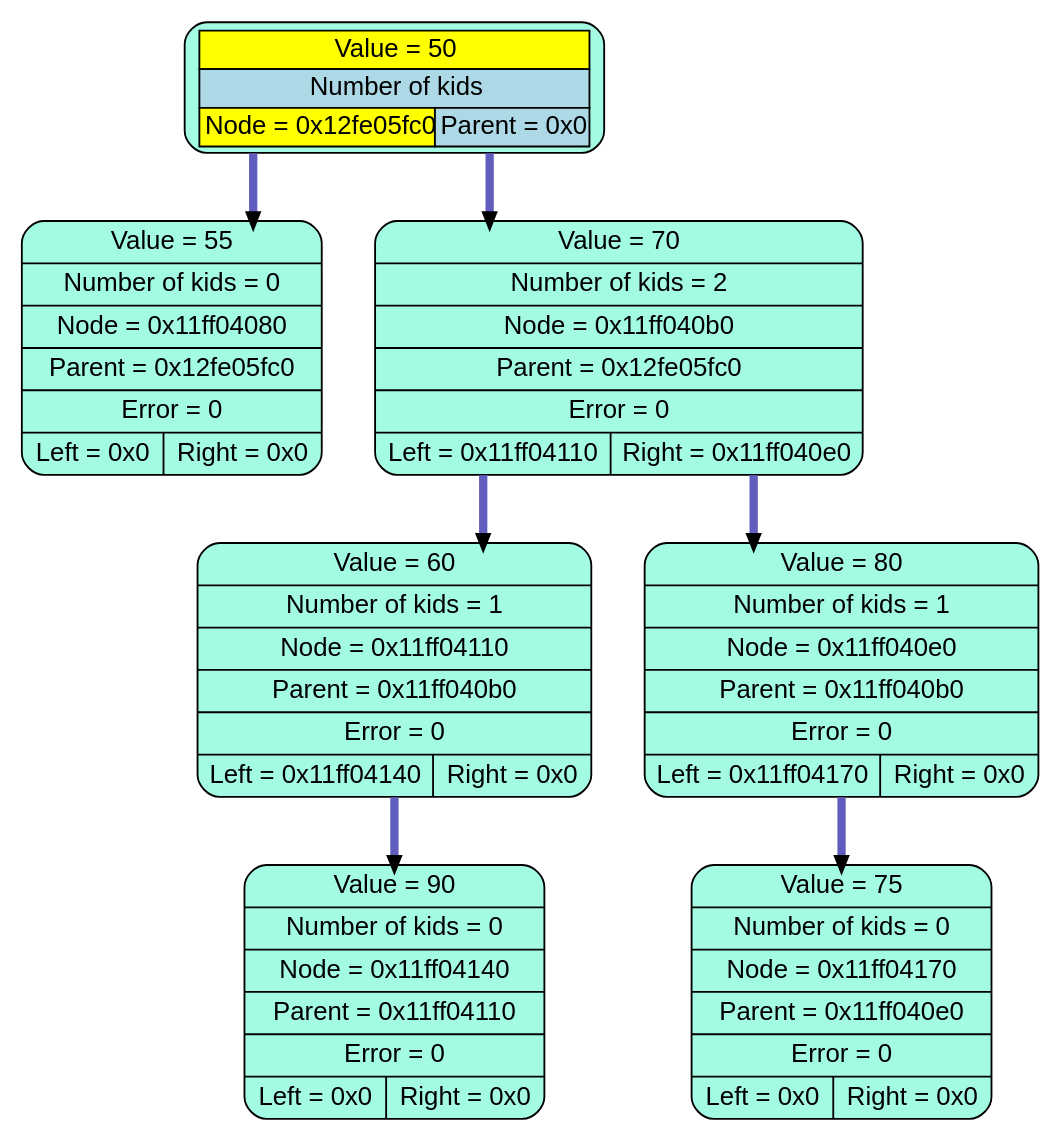
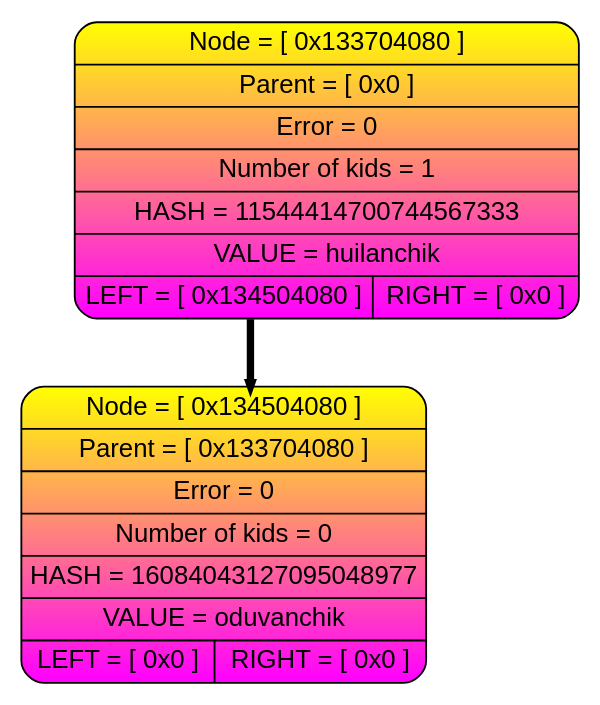
One commit to livlavr/Binary-tree changed the diagram in Dump-source/dump.dot. Above: the diagram before and after it, drawn with Graphviz. The commit also changed 14 other files, not shown here.

```diff
--- a/Dump-source/dump.dot
+++ b/Dump-source/dump.dot
@@ -1,30 +1,10 @@
 digraph tree{
 splines=ortho;
 rankdir=HR;
 nodesep=0.4;
 node [shape=record, fontname="Arial"];
-edge [style=bold, color="#5f5dbd:black;0.001", weight=10, penwidth=4.5, arrowsize=0.3];
-P0x12fe05fc0
-[style = "filled, rounded", fillcolor="#a4fbe3",
-label=<<TABLE BORDER="0" CELLBORDER="1" CELLSPACING="0">
-  <TR><TD ROWSPAN="1" COLSPAN="200" BGCOLOR="yellow">Value = 50</TD></TR>
-  <TR><TD ROWSPAN="1" COLSPAN="200" BGCOLOR="lightblue">Number of kids</TD></TR>
-  <TR>
-  <TD ROWSPAN="1" BGCOLOR="yellow">Node = 0x12fe05fc0</TD>
-  <TD ROWSPAN="1" COLSPAN="100" BGCOLOR="lightblue">Parent = 0x0</TD>
-  </TR>
-</TABLE>>
-]
-P0x11ff04080 [style = "filled, rounded", fillcolor="#a4fbe3",label=" { Value = 55 | Number of kids = 0 | Node = 0x11ff04080 | Parent = 0x12fe05fc0 | Error = 0 | {Left = 0x0 | Right = 0x0}}" ];
-P0x11ff040b0 [style = "filled, rounded", fillcolor="#a4fbe3",label=" { Value = 70 | Number of kids = 2 | Node = 0x11ff040b0 | Parent = 0x12fe05fc0 | Error = 0 | {Left = 0x11ff04110 | Right = 0x11ff040e0}}" ];
-P0x11ff04110 [style = "filled, rounded", fillcolor="#a4fbe3",label=" { Value = 60 | Number of kids = 1 | Node = 0x11ff04110 | Parent = 0x11ff040b0 | Error = 0 | {Left = 0x11ff04140 | Right = 0x0}}" ];
-P0x11ff04140 [style = "filled, rounded", fillcolor="#a4fbe3",label=" { Value = 90 | Number of kids = 0 | Node = 0x11ff04140 | Parent = 0x11ff04110 | Error = 0 | {Left = 0x0 | Right = 0x0}}" ];
-P0x11ff04110 -> P0x11ff04140
-P0x11ff040e0 [style = "filled, rounded", fillcolor="#a4fbe3",label=" { Value = 80 | Number of kids = 1 | Node = 0x11ff040e0 | Parent = 0x11ff040b0 | Error = 0 | {Left = 0x11ff04170 | Right = 0x0}}" ];
-P0x11ff04170 [style = "filled, rounded", fillcolor="#a4fbe3",label=" { Value = 75 | Number of kids = 0 | Node = 0x11ff04170 | Parent = 0x11ff040e0 | Error = 0 | {Left = 0x0 | Right = 0x0}}" ];
-P0x11ff040e0 -> P0x11ff04170
-P0x11ff040b0 -> P0x11ff04110
-P0x11ff040b0 -> P0x11ff040e0
-P0x12fe05fc0 -> P0x11ff04080
-P0x12fe05fc0 -> P0x11ff040b0
+edge [style=bold, color="black", weight=10, penwidth=4, arrowsize=0.2];
+P0x133704080 [style = "filled, rounded", fillcolor="yellow:magenta" gradientangle=270,label=" {Node = [ 0x133704080 ] | Parent = [ 0x0 ] | Error = 0 | Number of kids = 1 | HASH = 11544414700744567333 | VALUE = huilanchik | { <l> LEFT = [ 0x134504080 ] | <r> RIGHT = [ 0x0 ]}}" ];
+P0x134504080 [style = "filled, rounded", fillcolor="yellow:magenta" gradientangle=270,label=" {Node = [ 0x134504080 ] | Parent = [ 0x133704080 ] | Error = 0 | Number of kids = 0 | HASH = 16084043127095048977 | VALUE = oduvanchik | { <l> LEFT = [ 0x0 ] | <r> RIGHT = [ 0x0 ]}}" ];
+P0x133704080:<l> -> P0x134504080
 }
```
